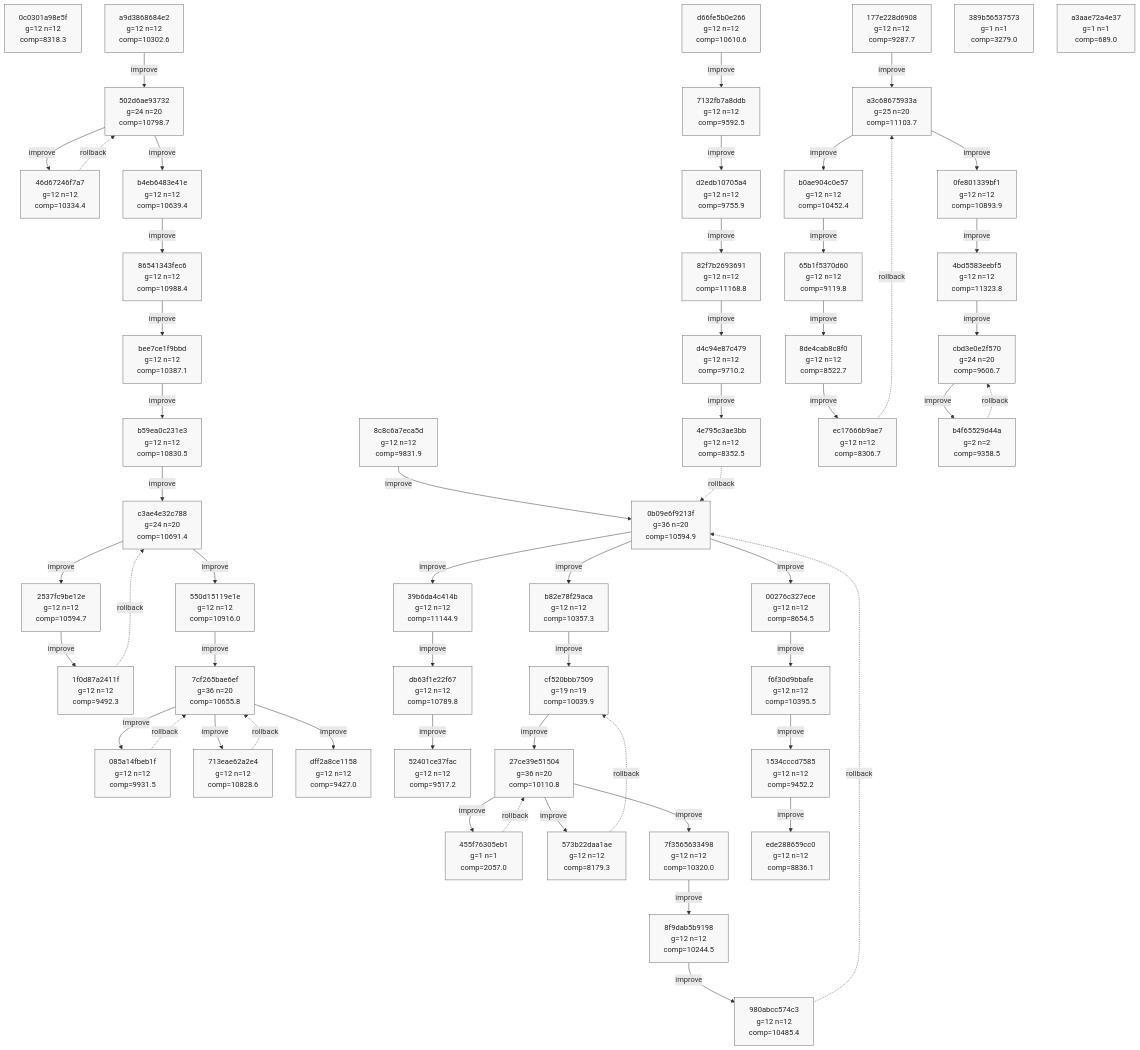
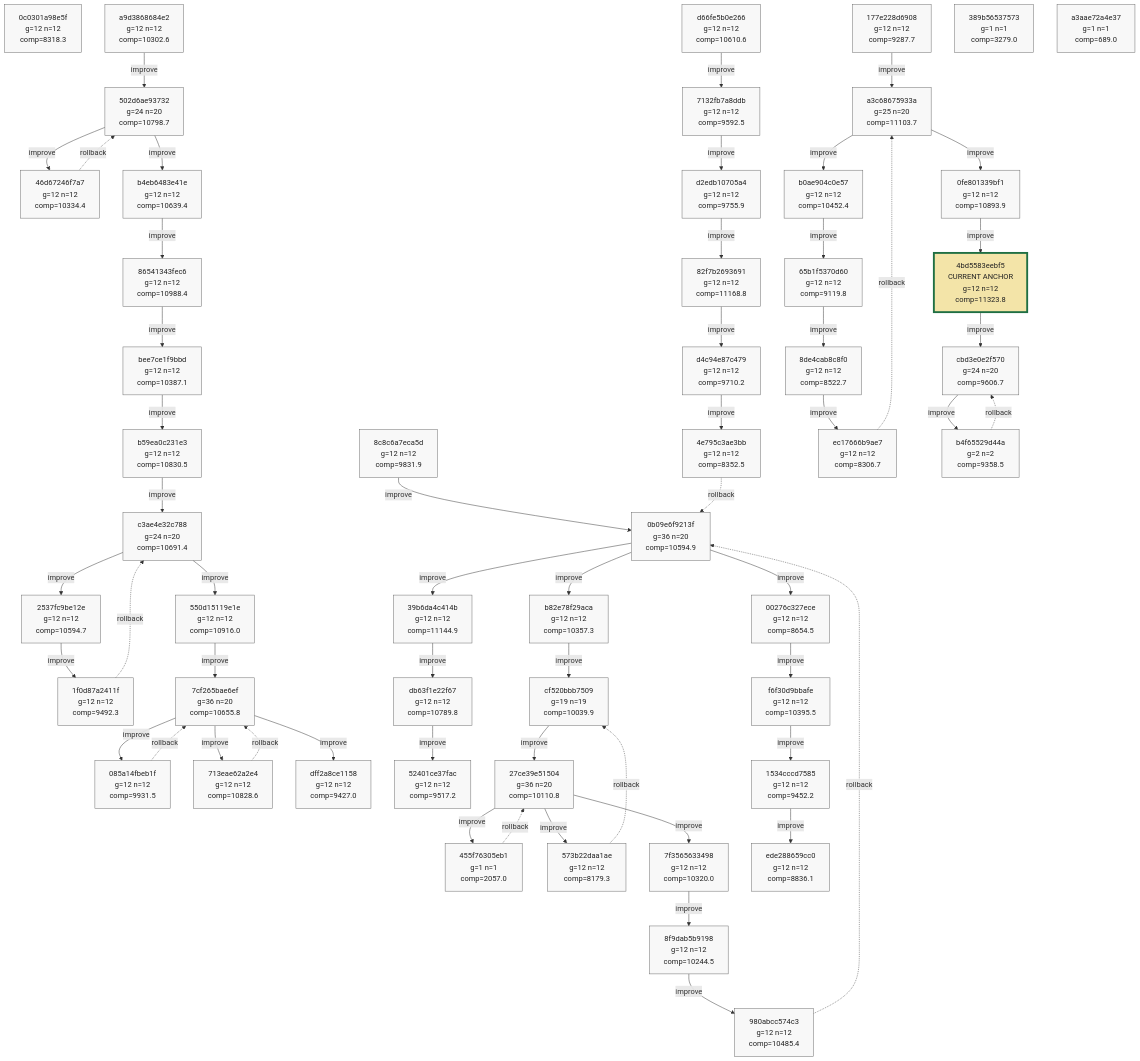
The tenth of 10 diagrams in phyrogenetic-tree.md (azumag/soviet_now), drawn with Mermaid before and after one commit. The commit also changed other lines of this file and 2 other files, not shown here.

```diff
--- a/phyrogenetic-tree.md
+++ b/phyrogenetic-tree.md
@@ -2590,7 +2587,7 @@
     h_8de4cab8c8f0["8de4cab8c8f0<br/>g=12 n=12<br/>comp=8522.7"]
     h_ec17666b9ae7["ec17666b9ae7<br/>g=12 n=12<br/>comp=8306.7"]
     h_0fe801339bf1["0fe801339bf1<br/>g=12 n=12<br/>comp=10893.9"]
-    h_4bd5583eebf5["4bd5583eebf5<br/>g=12 n=12<br/>comp=11323.8"]
+    h_4bd5583eebf5["4bd5583eebf5<br/>CURRENT ANCHOR<br/>g=12 n=12<br/>comp=11323.8"]
     h_cbd3e0e2f570["cbd3e0e2f570<br/>g=24 n=20<br/>comp=9606.7"]
     h_b4f65529d44a["b4f65529d44a<br/>g=2 n=2<br/>comp=9358.5"]
     h_389b56537573["389b56537573<br/>g=1 n=1<br/>comp=3279.0"]
@@ -2702,7 +2699,7 @@
     class h_8de4cab8c8f0 plain;
     class h_ec17666b9ae7 plain;
     class h_0fe801339bf1 plain;
-    class h_4bd5583eebf5 plain;
+    class h_4bd5583eebf5 current_anchor;
     class h_cbd3e0e2f570 plain;
     class h_b4f65529d44a plain;
     class h_389b56537573 plain;
```
